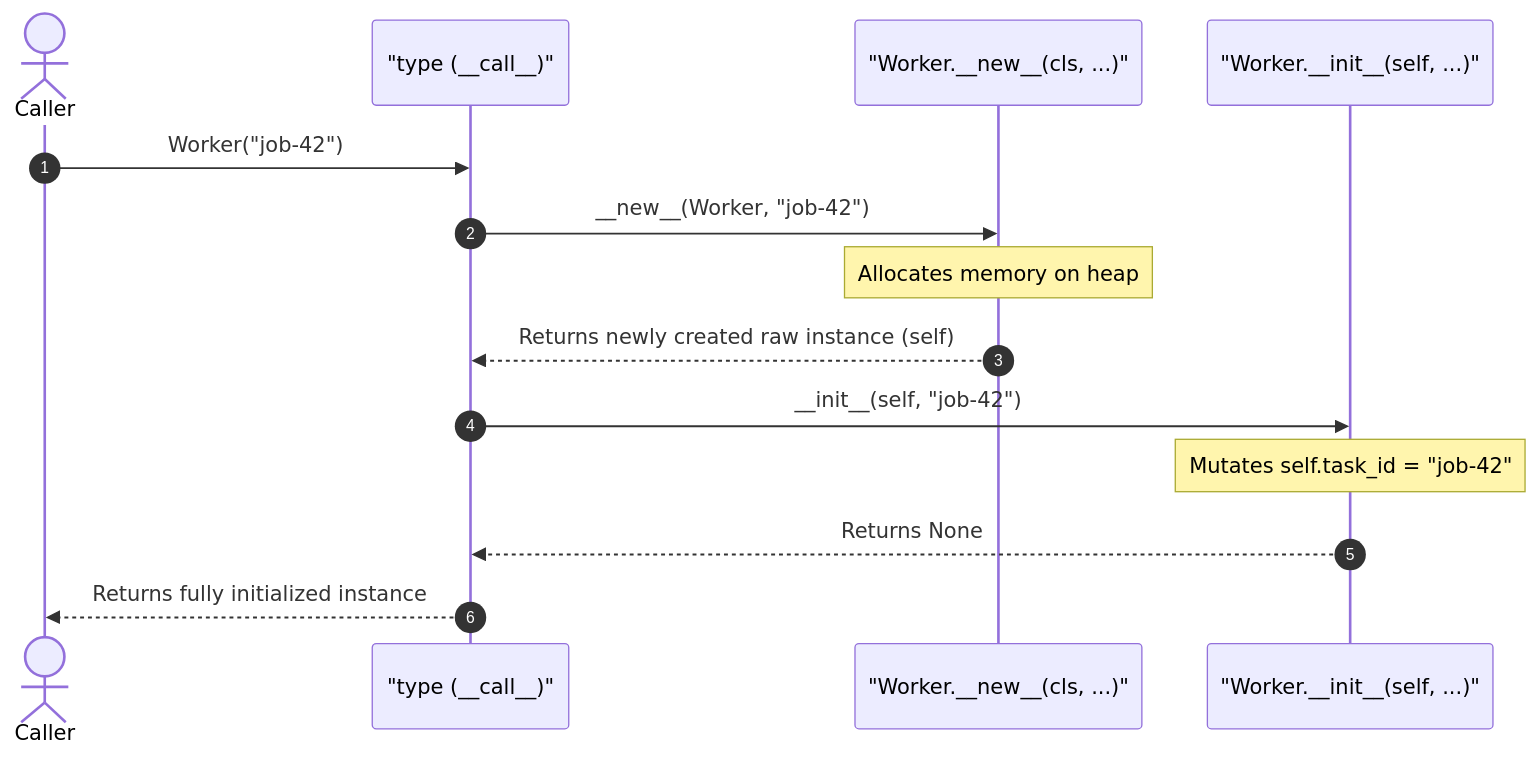
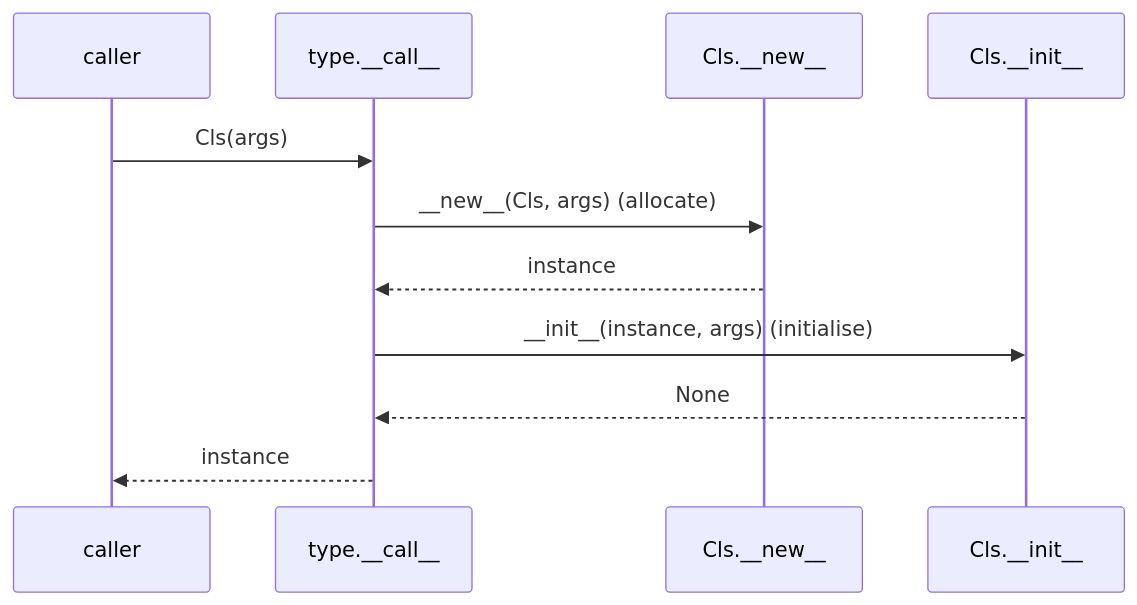
One commit to TapanKumarBarik/Backend-roadmap changed the diagram in content/lld/27-python-interview/06-classes-init-new-and-slots/README.md. Above: the diagram before and after it, drawn with Mermaid. The commit also changed other lines of this file and 68 other files, not shown here.

````diff
--- a/content/lld/27-python-interview/06-classes-init-new-and-slots/README.md
+++ b/content/lld/27-python-interview/06-classes-init-new-and-slots/README.md
@@ -47,17 +26,13 @@
 ```mermaid
 sequenceDiagram
-    autonumber
-    actor Caller
-    participant Type as "type (__call__)"
-    participant New as "Worker.__new__(cls, ...)"
-    participant Init as "Worker.__init__(self, ...)"
-
-    Caller->>Type: Worker("job-42")
-    Type->>New: __new__(Worker, "job-42")
-    Note over New: Allocates memory on heap
-    New-->>Type: Returns newly created raw instance (self)
-    Type->>Init: __init__(self, "job-42")
-    Note over Init: Mutates self.task_id = "job-42"
-    Init-->>Type: Returns None
-    Type-->>Caller: Returns fully initialized instance
+  participant C as caller
+  participant T as type.__call__
+  participant N as Cls.__new__
+  participant I as Cls.__init__
+  C->>T: Cls(args)
+  T->>N: __new__(Cls, args)  (allocate)
+  N-->>T: instance
+  T->>I: __init__(instance, args)  (initialise)
+  I-->>T: None
+  T-->>C: instance
 ```
````
